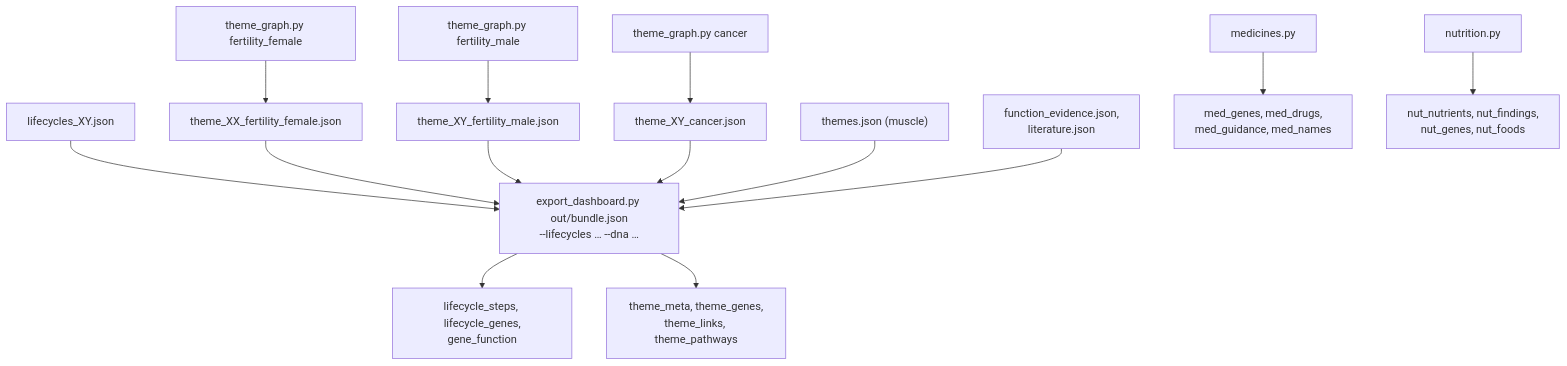
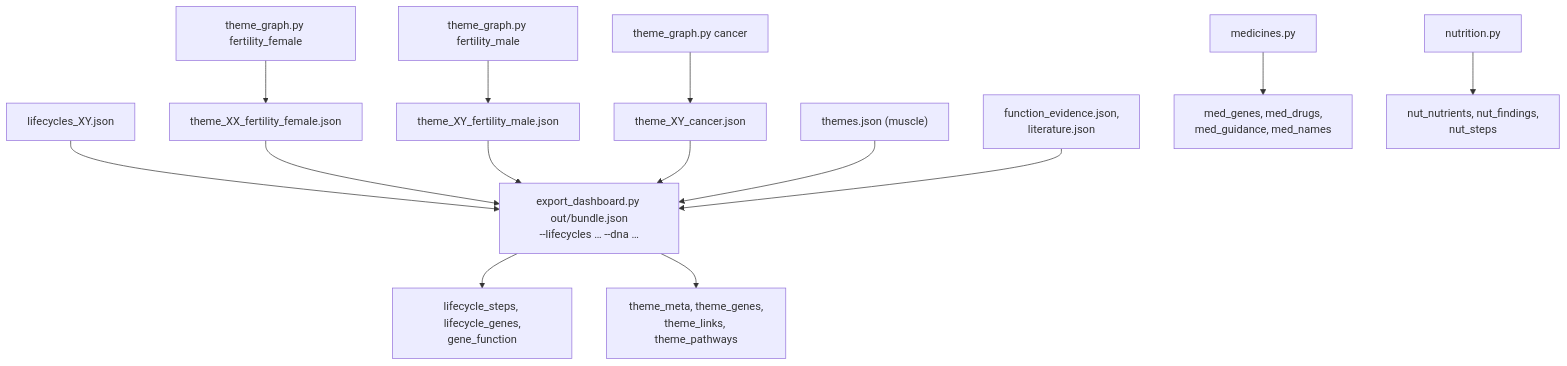
One commit to Lyceriuss/DNA-Analyzer changed the second of 4 diagrams in docs/architecture/explorer.md. Above: the diagram before and after it, drawn with Mermaid. The commit also changed other lines of this file and 15 other files, not shown here.

First line of the commit message:
Nutrition: explain the mechanism in writing instead of suggesting foods

````diff
--- a/docs/architecture/explorer.md
+++ b/docs/architecture/explorer.md
@@ -37,14 +37,14 @@
 ```mermaid
 flowchart TB
     T1["theme_graph.py fertility_female"] --> X1["theme_XX_fertility_female.json"]
     T2["theme_graph.py fertility_male"] --> X2["theme_XY_fertility_male.json"]
     T3["theme_graph.py cancer"] --> X3["theme_XY_cancer.json"]
     LC["lifecycles_XY.json"] --> E
     X1 & X2 & X3 --> E["export_dashboard.py out/bundle.json<br/>--lifecycles … --dna …"]
     TH["themes.json (muscle)"] --> E
     EVJ["function_evidence.json,<br/>literature.json"] --> E
     E --> D1["lifecycle_steps, lifecycle_genes,<br/>gene_function"]
     E --> D2["theme_meta, theme_genes,<br/>theme_links, theme_pathways"]
     MP["medicines.py"] --> D3["med_genes, med_drugs,<br/>med_guidance, med_names"]
-    NP["nutrition.py"] --> D4["nut_nutrients, nut_findings,<br/>nut_genes, nut_foods"]
+    NP["nutrition.py"] --> D4["nut_nutrients, nut_findings,<br/>nut_steps"]
 ```
````
